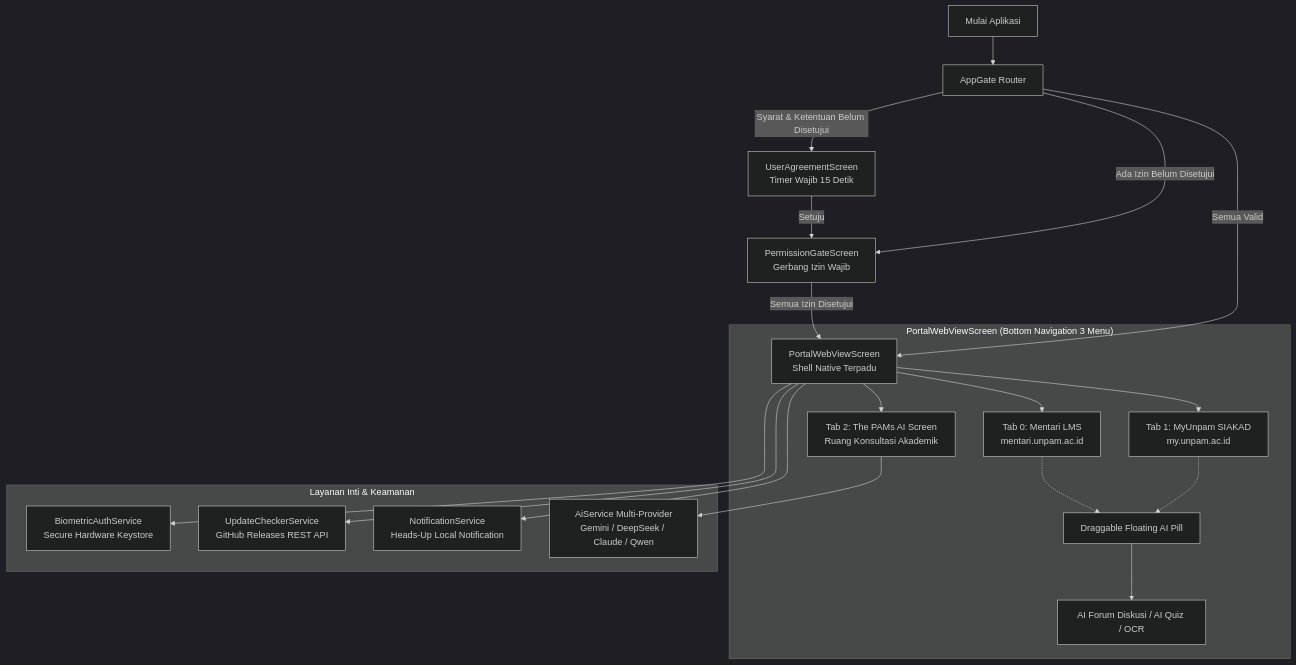
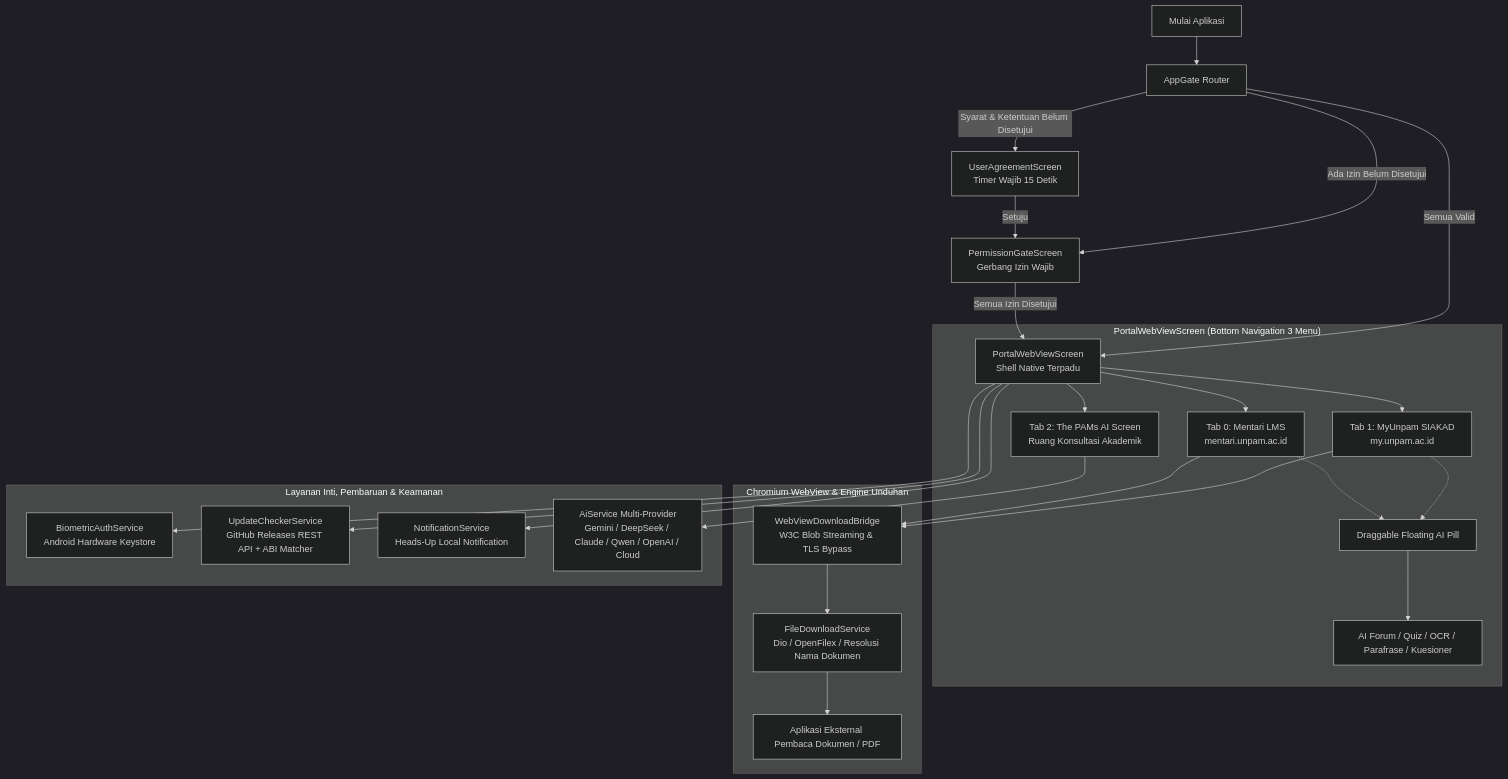
Before and after one commit to codewithtama/unpam_mobile: the diagram in README.md, drawn with Mermaid (dark theme). The commit also changed other lines of this file and 1 other file, not shown here.

````diff
--- a/README.md
+++ b/README.md
@@ -42,26 +47,33 @@
 ```mermaid
 graph TD
     A[Mulai Aplikasi] --> B[AppGate Router]
     B -->|Syarat & Ketentuan Belum Disetujui| C[UserAgreementScreen<br>Timer Wajib 15 Detik]
     C -->|Setuju| D[PermissionGateScreen<br>Gerbang Izin Wajib]
     B -->|Ada Izin Belum Disetujui| D
     D -->|Semua Izin Disetujui| E[PortalWebViewScreen<br>Shell Native Terpadu]
     B -->|Semua Valid| E
 
     subgraph "PortalWebViewScreen (Bottom Navigation 3 Menu)"
         E --> F[Tab 0: Mentari LMS<br>mentari.unpam.ac.id]
         E --> G[Tab 1: MyUnpam SIAKAD<br>my.unpam.ac.id]
         E --> H[Tab 2: The PAMs AI Screen<br>Ruang Konsultasi Akademik]
         
         F -.-> I[Draggable Floating AI Pill]
         G -.-> I
-        I --> J[AI Forum Diskusi / AI Quiz / OCR]
+        I --> J[AI Forum / Quiz / OCR / Parafrase / Kuesioner]
     end
 
-    subgraph "Layanan Inti & Keamanan"
-        E --> K[BiometricAuthService<br>Secure Hardware Keystore]
-        E --> L[UpdateCheckerService<br>GitHub Releases REST API]
-        E --> M[NotificationService<br>Heads-Up Local Notification]
-        H --> N[AiService Multi-Provider<br>Gemini / DeepSeek / Claude / Qwen]
+    subgraph "Chromium WebView & Engine Unduhan"
+        F --> K[WebViewDownloadBridge<br>W3C Blob Streaming & TLS Bypass]
+        G --> K
+        K --> L[FileDownloadService<br>Dio / OpenFilex / Resolusi Nama Dokumen]
+        L --> M[Aplikasi Eksternal Pembaca Dokumen / PDF]
+    end
+
+    subgraph "Layanan Inti, Pembaruan & Keamanan"
+        E --> N[BiometricAuthService<br>Android Hardware Keystore]
+        E --> O[UpdateCheckerService<br>GitHub Releases REST API + ABI Matcher]
+        E --> P[NotificationService<br>Heads-Up Local Notification]
+        H --> Q[AiService Multi-Provider<br>Gemini / DeepSeek / Claude / Qwen / OpenAI / Cloud]
     end
 ```
````
